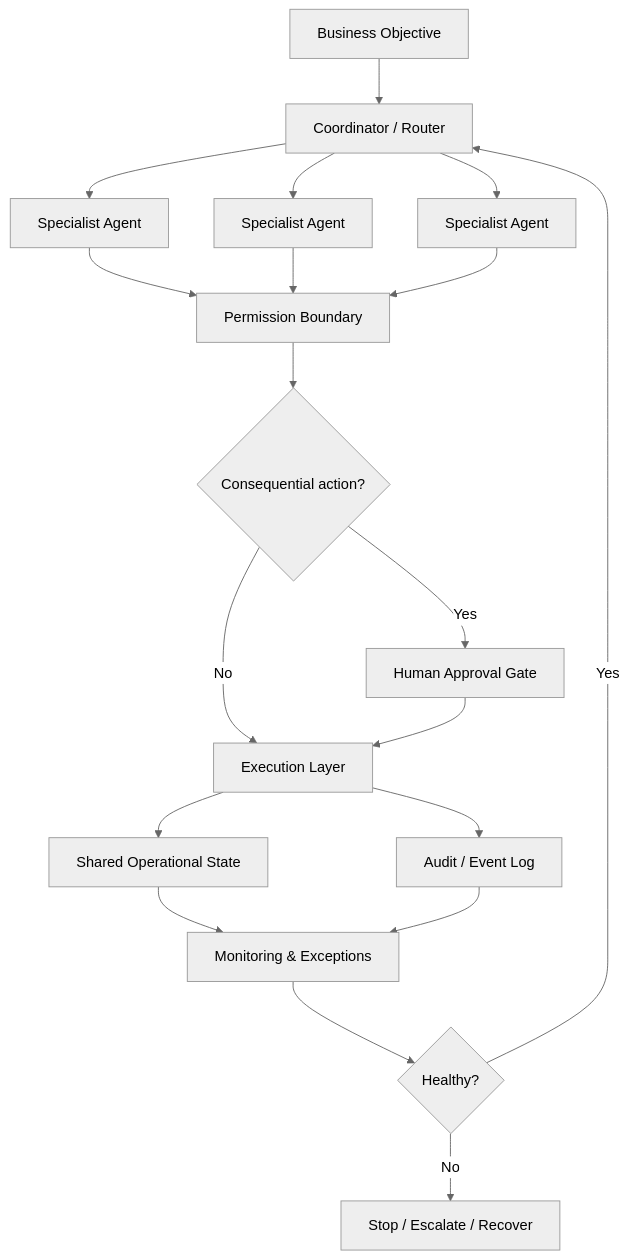
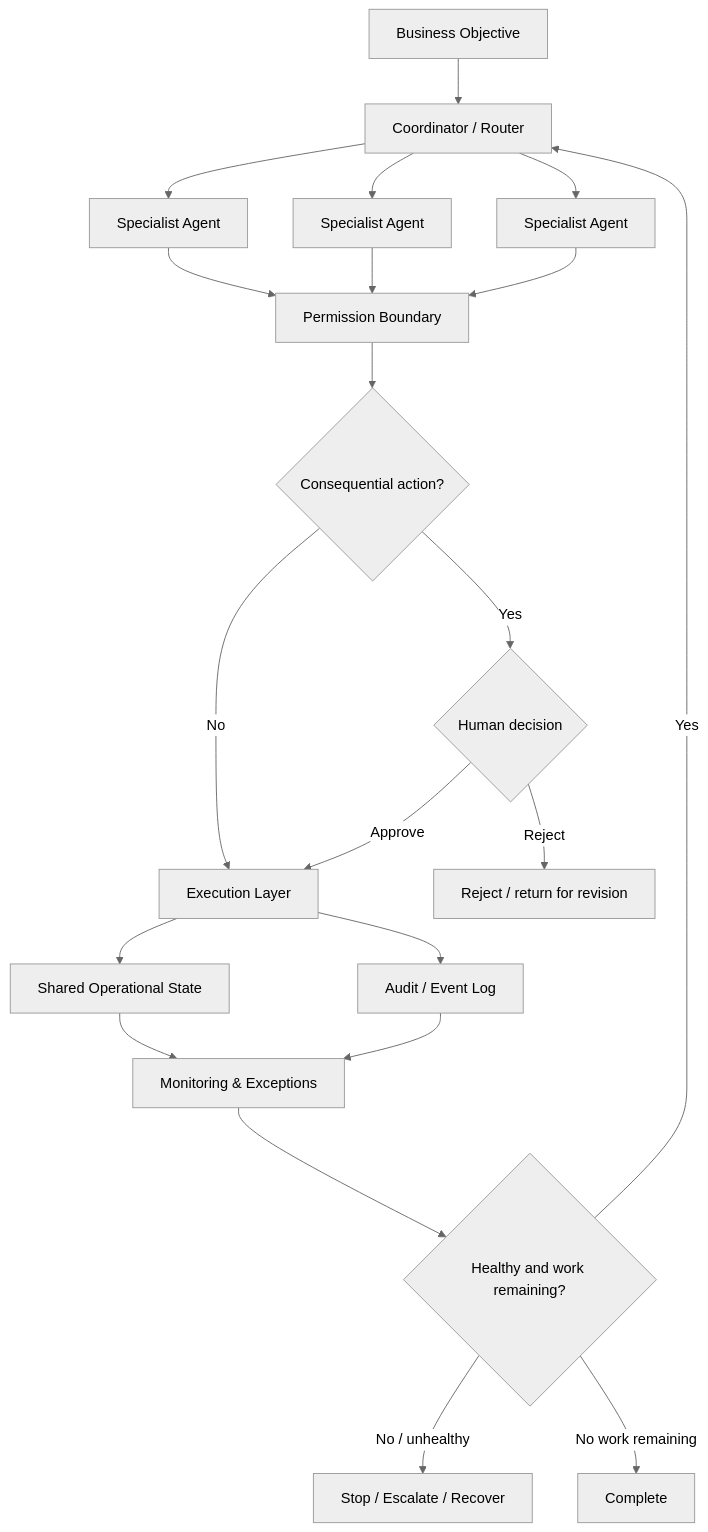
One commit to Lukezigger/lukezigger-automation-portfolio changed the diagram in architecture/multi-agent-control-plane.md. Above: the diagram before and after it, drawn with Mermaid (neutral theme). The commit also changed other lines of this file, not shown here.

Commit message:
Correct multi-agent approval and termination paths

````diff
--- a/architecture/multi-agent-control-plane.md
+++ b/architecture/multi-agent-control-plane.md
@@ -5,21 +7,23 @@
 ```mermaid
 flowchart TD
     A[Business Objective] --> B[Coordinator / Router]
     B --> C1[Specialist Agent]
     B --> C2[Specialist Agent]
     B --> C3[Specialist Agent]
     C1 --> D[Permission Boundary]
     C2 --> D
     C3 --> D
     D --> E{Consequential action?}
-    E -- Yes --> F[Human Approval Gate]
-    E -- No --> G[Execution Layer]
-    F --> G
-    G --> H[Shared Operational State]
-    G --> I[Audit / Event Log]
+    E -- No --> X[Execution Layer]
+    E -- Yes --> F{Human decision}
+    F -- Approve --> X
+    F -- Reject --> R[Reject / return for revision]
+    X --> H[Shared Operational State]
+    X --> I[Audit / Event Log]
     H --> J[Monitoring & Exceptions]
     I --> J
-    J --> K{Healthy?}
-    K -- No --> L[Stop / Escalate / Recover]
+    J --> K{Healthy and work remaining?}
+    K -- No / unhealthy --> L[Stop / Escalate / Recover]
     K -- Yes --> B
+    K -- No work remaining --> M[Complete]
 ```
````
